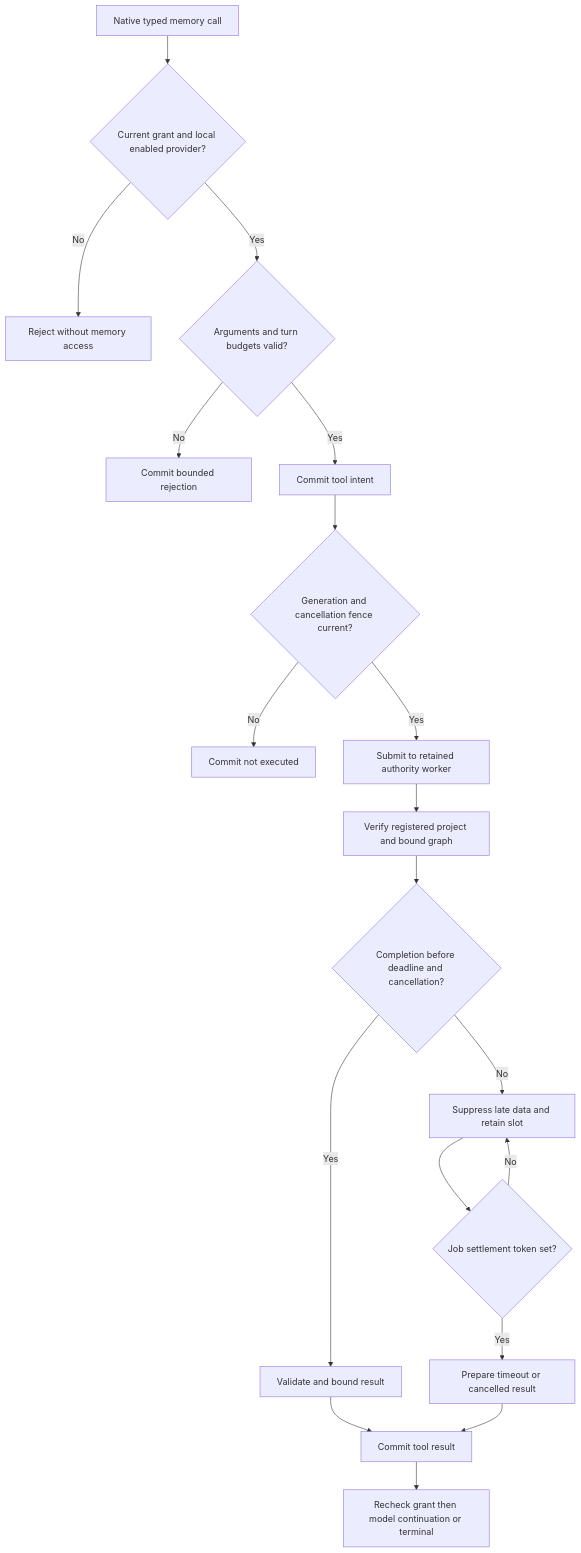
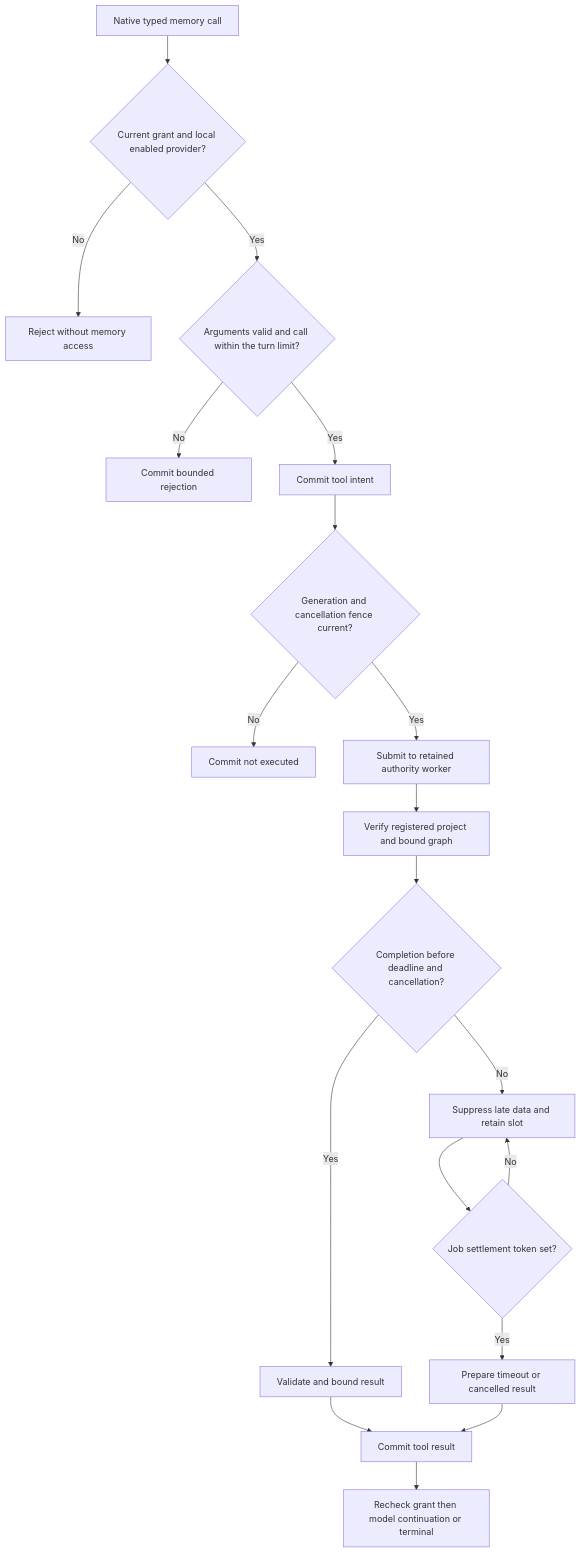
Before and after one commit to pidster/asura: diagram 18 of 20 in docs/designs/hybrid-memory-ontology.md, drawn with Mermaid. The commit also changed other lines of this file and 57 other files, not shown here.

First line of the commit message:
Raise the turn tool-call limit to 200 and remove turn totals

````diff
--- a/docs/designs/hybrid-memory-ontology.md
+++ b/docs/designs/hybrid-memory-ontology.md
@@ -1797,21 +1798,21 @@
 ```mermaid
 flowchart TD
     Call[Native typed memory call] --> Grant{Current grant and local enabled provider?}
     Grant -->|No| Deny[Reject without memory access]
-    Grant -->|Yes| Validate{Arguments and turn budgets valid?}
+    Grant -->|Yes| Validate{Arguments valid and call within the turn limit?}
     Validate -->|No| Reject[Commit bounded rejection]
     Validate -->|Yes| Intent[Commit tool intent]
     Intent --> Fence{Generation and cancellation fence current?}
     Fence -->|No| Cancel[Commit not executed]
     Fence -->|Yes| Queue[Submit to retained authority worker]
     Queue --> Read[Verify registered project and bound graph]
     Read --> Wait{Completion before deadline and cancellation?}
     Wait -->|Yes| Encode[Validate and bound result]
     Wait -->|No| Retain[Suppress late data and retain slot]
     Retain --> Settled{Job settlement token set?}
     Settled -->|No| Retain
     Settled -->|Yes| Failed[Prepare timeout or cancelled result]
     Encode --> Commit[Commit tool result]
     Failed --> Commit
     Commit --> Return[Recheck grant then model continuation or terminal]
 ```
````
